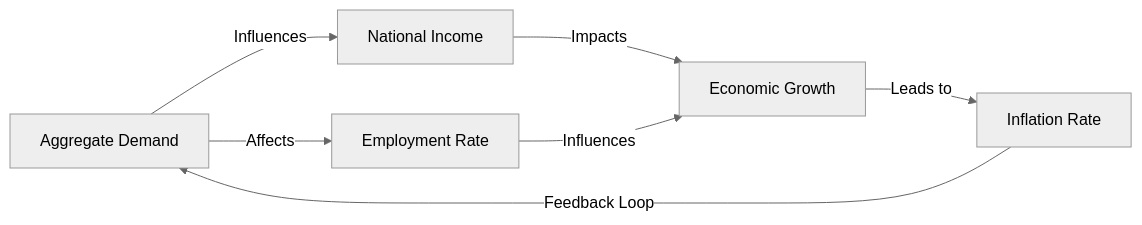
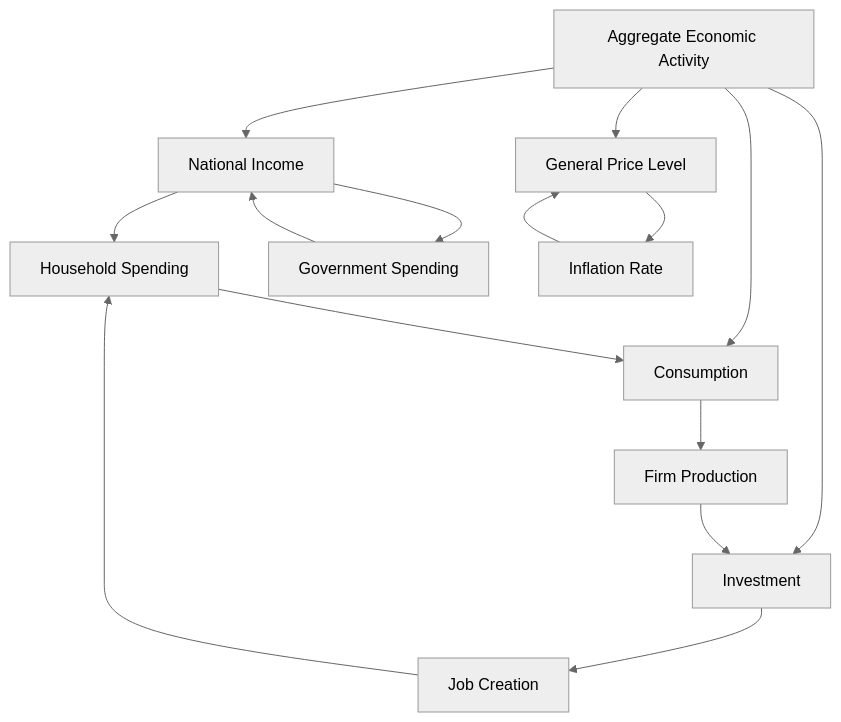
Before and after one commit to DagimAlemayehuu/Ater: the diagram in Obsidian_Vault/2-Academic/Winter 2026/Economics/1_Basics_Of_Economics/Macroeconomics.md, drawn with Mermaid (neutral theme). The commit also changed other lines of this file and 71 other files, not shown here.

````diff
--- a/Obsidian_Vault/2-Academic/Winter 2026/Economics/1_Basics_Of_Economics/Macroeconomics.md
+++ b/Obsidian_Vault/2-Academic/Winter 2026/Economics/1_Basics_Of_Economics/Macroeconomics.md
@@ -51,11 +51,19 @@
 ```mermaid
 
-graph LR
-    A[Aggregate Demand] -->|Influences| B[National Income]
-    A -->|Affects| C[Employment Rate]
-    B -->|Impacts| D[Economic Growth]
-    C -->|Influences| D
-    D -->|Leads to| E[Inflation Rate]
-    E -->|Feedback Loop| A
+graph TD
+    A[Aggregate Economic Activity] --> B[National Income]
+    A --> C[Consumption]
+    A --> D[Investment]
+    A --> E[General Price Level]
+    B --> F[Household Spending]
+    B --> G[Government Spending]
+    C --> H[Firm Production]
+    D --> I[Job Creation]
+    E --> J[Inflation Rate]
+    F --> C
+    G --> B
+    H --> D
+    I --> F
+    J --> E
 
 ```
````
